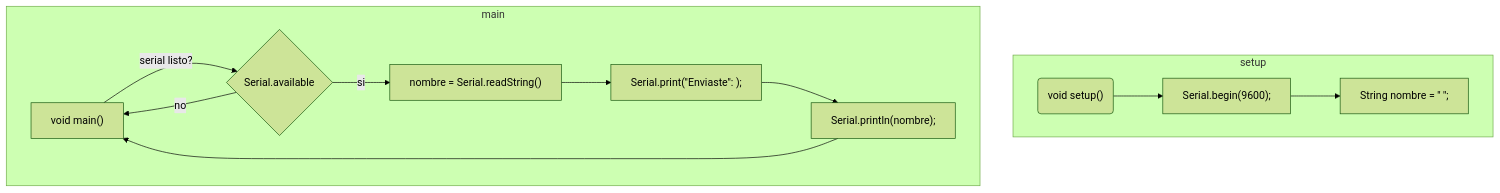
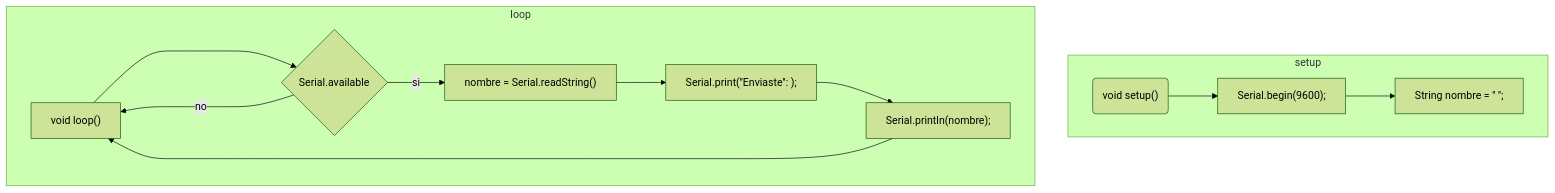
The diagram in dia/02S-ejemplo_2.mmd (josuem/slices_EDyM), drawn with Mermaid (forest theme) before and after one commit. The commit also changed other lines of this file and 216 other files, not shown here.

```diff
--- a/dia/02S-ejemplo_2.mmd
+++ b/dia/02S-ejemplo_2.mmd
@@ -1,16 +1,22 @@
-graph TD
-subgraph  setup
-    void("void setup()")-->A-->t
-    A["Serial.begin(9600);"]
-    t["String nombre = '' '';"]
+graph TB
+  %% Setup
+  subgraph  setup
+      void("void setup()")
+      A["Serial.begin(9600);"]
+      t["String nombre = '' '';"]
+      void-->A; A --> t
+  end
+  %% loop
+  subgraph loop    
+      loop["void loop()"]
+      available{"Serial.available"}
+      name1["nombre = Serial.readString()"]
+      msn1["Serial.print(''Enviaste'': );"]
+      msn2["Serial.println(nombre);"]
+      loop ----> available
+      available --> |si| name1
+      available --> |no| loop
+      name1 --> msn1
+      msn1 -->msn2
+      msn2 ----> loop
 end
-subgraph main    
-    main["void main()"]-->|serial listo?|available
-    available{"Serial.available"}
-    
-    available-->|no|main
-    available-->|si| name1["nombre = Serial.readString()"]
-    name1-->msn1["Serial.print(''Enviaste'': );"]
-    msn1 --> msn2["Serial.println(nombre);"]
-    msn2 -->main
-end
```
